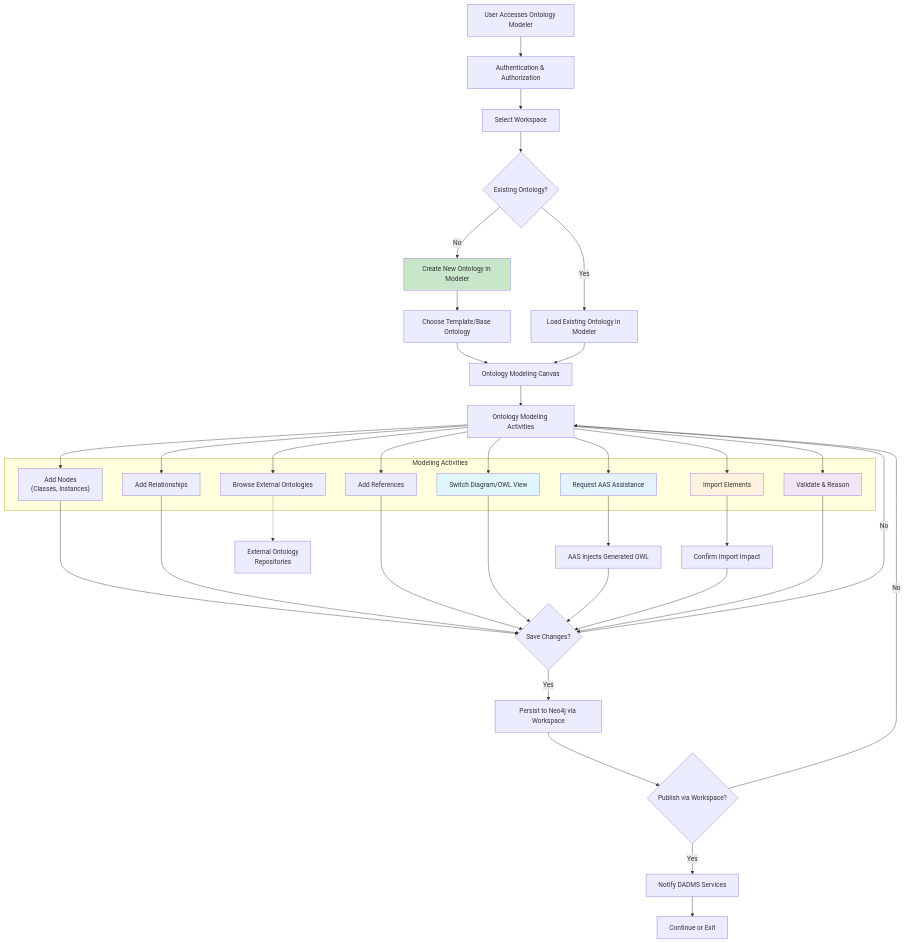
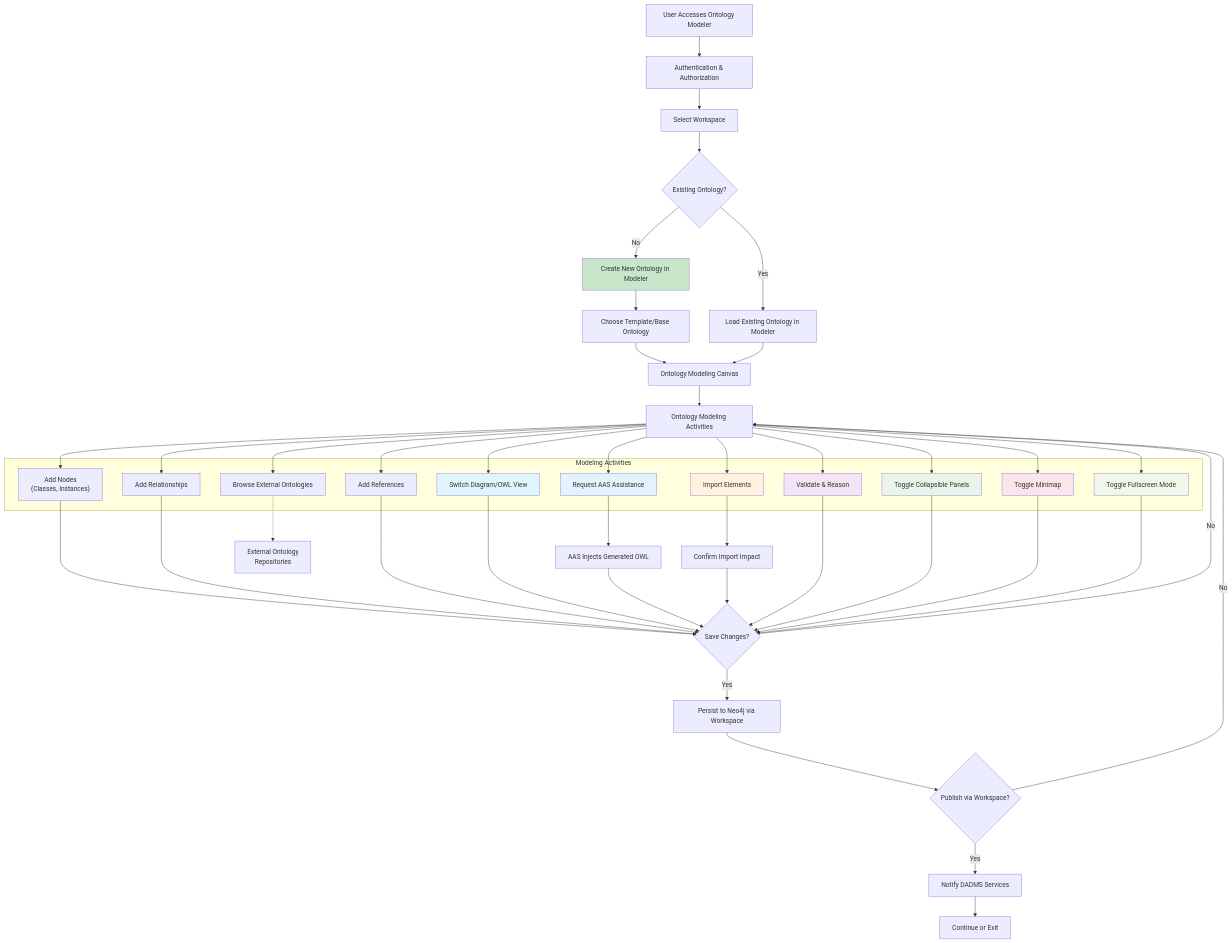
Before and after one commit to laserpointlabs/dadms: the fourth of 7 diagrams in docs/architecture/ontology_modeler_specification.md, drawn with Mermaid. The commit also changed other lines of this file and 4 other files, not shown here.

````diff
--- a/docs/architecture/ontology_modeler_specification.md
+++ b/docs/architecture/ontology_modeler_specification.md
@@ -250,62 +280,74 @@
 ```mermaid
 graph TD
     START["User Accesses Ontology Modeler"] --> LOGIN["Authentication & Authorization"]
     LOGIN --> WORKSPACE_SEL["Select Workspace"]
     WORKSPACE_SEL --> ONT_SEL{"Existing Ontology?"}
     
     ONT_SEL -->|No| CREATE_NEW["Create New Ontology in Modeler"]
     ONT_SEL -->|Yes| LOAD_ONT["Load Existing Ontology in Modeler"]
     
     CREATE_NEW --> CHOOSE_TEMPLATE["Choose Template/Base Ontology"]
     CHOOSE_TEMPLATE --> CANVAS["Ontology Modeling Canvas"]
     LOAD_ONT --> CANVAS
     
     CANVAS --> MODELING["Ontology Modeling Activities"]
     
     subgraph "Modeling Activities"
         ADD_NODE["Add Nodes<br/>(Classes, Instances)"]
         ADD_REL["Add Relationships"]
         BROWSE_EXT["Browse External Ontologies"]
         REFERENCE["Add References"]
         IMPORT_EL["Import Elements"]
         DUAL_VIEW["Switch Diagram/OWL View"]
         AI_ASSIST["Request AAS Assistance"]
         VALIDATE["Validate & Reason"]
+        TOGGLE_PANELS["Toggle Collapsible Panels"]
+        MINIMAP["Toggle Minimap"]
+        FULLSCREEN["Toggle Fullscreen Mode"]
     end
     
     MODELING --> ADD_NODE
     MODELING --> ADD_REL
     MODELING --> BROWSE_EXT
     MODELING --> REFERENCE
     MODELING --> IMPORT_EL
     MODELING --> DUAL_VIEW
     MODELING --> AI_ASSIST
     MODELING --> VALIDATE
+    MODELING --> TOGGLE_PANELS
+    MODELING --> MINIMAP
+    MODELING --> FULLSCREEN
     
     ADD_NODE --> SAVE_DECISION{"Save Changes?"}
     ADD_REL --> SAVE_DECISION
     REFERENCE --> SAVE_DECISION
     IMPORT_EL --> CONFIRM["Confirm Import Impact"]
     DUAL_VIEW --> SAVE_DECISION
     AI_ASSIST --> AAS_INJECT["AAS Injects Generated OWL"]
     AAS_INJECT --> SAVE_DECISION
     CONFIRM --> SAVE_DECISION
     VALIDATE --> SAVE_DECISION
+    TOGGLE_PANELS --> SAVE_DECISION
+    MINIMAP --> SAVE_DECISION
+    FULLSCREEN --> SAVE_DECISION
     
     SAVE_DECISION -->|Yes| PERSIST["Persist to Neo4j via Workspace"]
     SAVE_DECISION -->|No| MODELING
     
     PERSIST --> PUBLISH_DECISION{"Publish via Workspace?"}
     PUBLISH_DECISION -->|Yes| NOTIFY_SERVICES["Notify DADMS Services"]
     PUBLISH_DECISION -->|No| MODELING
     
     NOTIFY_SERVICES --> END["Continue or Exit"]
     
     BROWSE_EXT -.-> EXT_REPO["External Ontology<br/>Repositories"]
     
     style CREATE_NEW fill:#c8e6c9
     style IMPORT_EL fill:#fff3e0
     style AI_ASSIST fill:#e3f2fd
     style DUAL_VIEW fill:#e1f5fe
     style VALIDATE fill:#f3e5f5
+    style TOGGLE_PANELS fill:#e8f5e8
+    style MINIMAP fill:#fce4ec
+    style FULLSCREEN fill:#f1f8e9
 ```
````
